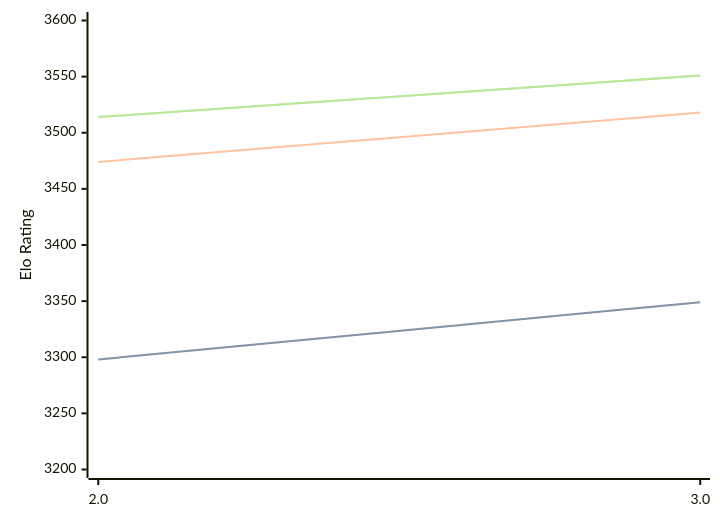
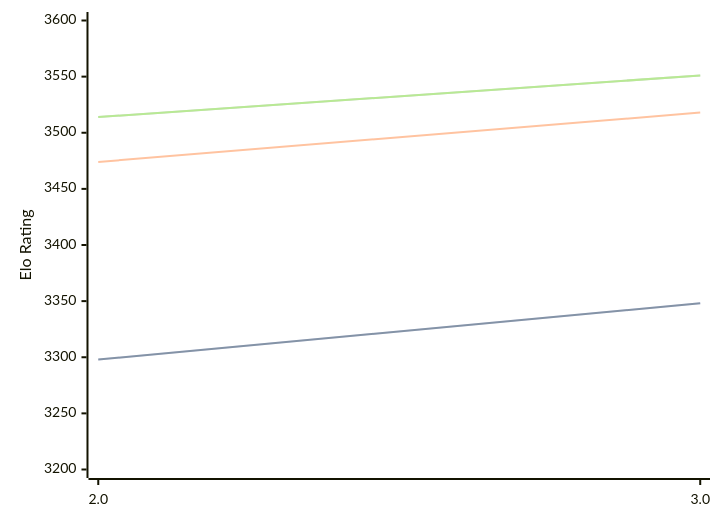
One commit to computer-chess-index/cci changed the diagram in engines/Quanticade.md. Above: the diagram before and after it, drawn with Mermaid. The commit also changed other lines of this file, not shown here.

````diff
--- a/engines/Quanticade.md
+++ b/engines/Quanticade.md
@@ -32,11 +32,11 @@
 ```mermaid
 %%{init: {"theme":"base","themeVariables":{"seriesColors:['#a3a3a3','#222221','#faa371']}}}%%
 xychart-beta
   x-axis ["2.0", "3.0"]
   y-axis "Elo Rating" 3200 --> 3600
-  line "" [3298, 3349]
-  line "STC (8.0+0.08s)" [3298, 3349]
+  line "" [3298, 3348]
+  line "STC (8.0+0.08s)" [3298, 3348]
   line "LTC (60.0+0.60s)" [3474, 3518]
   line "" [3514, 3551]
   line "VLTC (2m24s+1.12s)" [3514, 3551]
 ```
````
